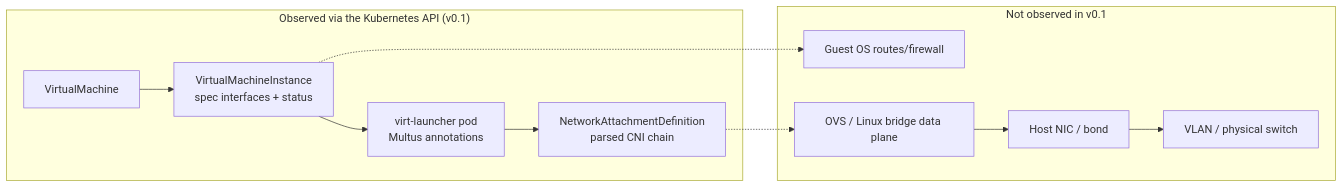
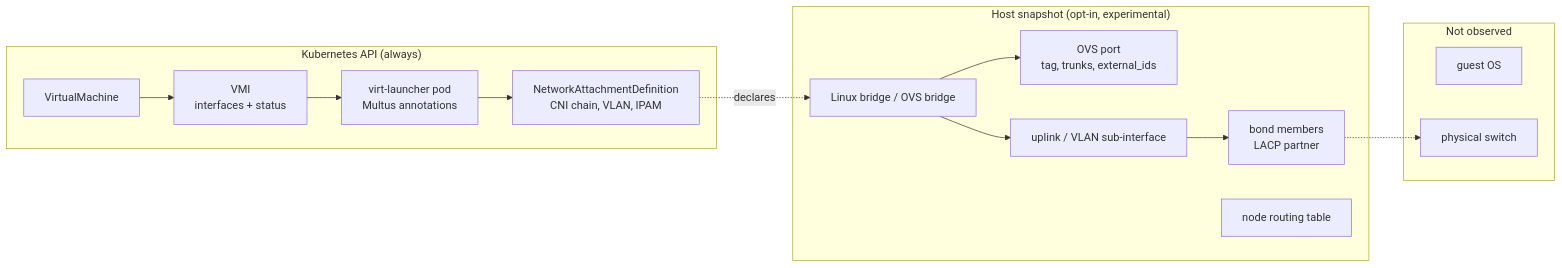
Before and after one commit to sudharsanomprakash/kubevirt-netdoctor: the first of 2 diagrams in README.md, drawn with Mermaid. The commit also changed other lines of this file and 11 other files, not shown here.

````diff
--- a/README.md
+++ b/README.md
@@ -37,16 +51,20 @@
 ```mermaid
 flowchart LR
-    subgraph observed["Observed via the Kubernetes API (v0.1)"]
-        VM[VirtualMachine] --> VMI[VirtualMachineInstance<br/>spec interfaces + status]
+    subgraph api["Kubernetes API (always)"]
+        VM[VirtualMachine] --> VMI[VMI<br/>interfaces + status]
         VMI --> POD[virt-launcher pod<br/>Multus annotations]
-        POD --> NAD[NetworkAttachmentDefinition<br/>parsed CNI chain]
+        POD --> NAD[NetworkAttachmentDefinition<br/>CNI chain, VLAN, IPAM]
     end
-    subgraph notobserved["Not observed in v0.1"]
-        GUEST[Guest OS routes/firewall]
-        DP[OVS / Linux bridge data plane]
-        NIC[Host NIC / bond]
-        SW[VLAN / physical switch]
+    subgraph hostsnap["Host snapshot (opt-in, experimental)"]
+        BR[Linux bridge / OVS bridge] --> PORT[OVS port<br/>tag, trunks, external_ids]
+        BR --> UP[uplink / VLAN sub-interface]
+        UP --> BOND[bond members<br/>LACP partner]
+        RT[node routing table]
     end
-    NAD -.-> DP --> NIC --> SW
-    VMI -.-> GUEST
+    subgraph not["Not observed"]
+        GUEST[guest OS]
+        SW[physical switch]
+    end
+    NAD -.declares.-> BR
+    BOND -.-> SW
 ```
````
